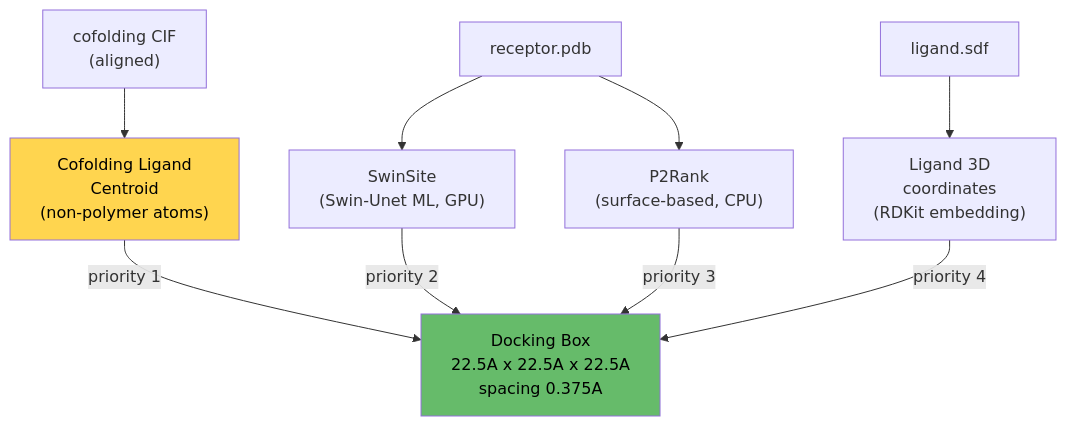
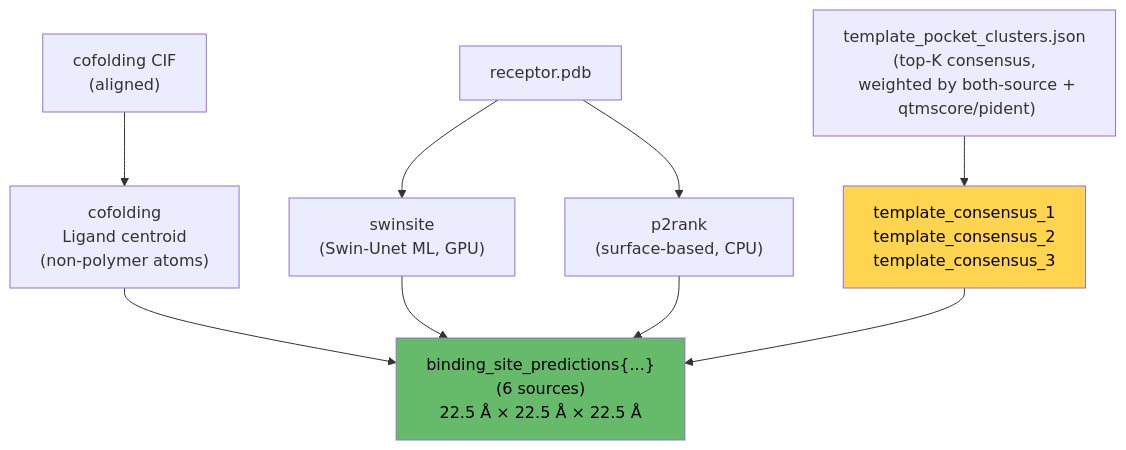
Diagram 14 of 25 in docs/pipeline.md (eightmm/mosaic-pl), drawn with Mermaid before and after one commit. The commit also changed other lines of this file and 3 other files, not shown here.

First line of the commit message:
docs: refresh pipeline + README for union template search and consensus pockets

````diff
--- a/docs/pipeline.md
+++ b/docs/pipeline.md
@@ -346,15 +383,17 @@
 ```mermaid
 flowchart TB
-    CIF["cofolding CIF\n(aligned)"] --> COFOLD["Cofolding Ligand\nCentroid\n(non-polymer atoms)"]
-    PDB["receptor.pdb"] --> SWIN["SwinSite\n(Swin-Unet ML, GPU)"]
-    PDB --> P2R["P2Rank\n(surface-based, CPU)"]
-    SDF["ligand.sdf"] --> FALLBACK["Ligand 3D\ncoordinates\n(RDKit embedding)"]
+    CIF["cofolding CIF\n(aligned)"] --> COFOLD["cofolding\nLigand centroid\n(non-polymer atoms)"]
+    PDB["receptor.pdb"] --> SWIN["swinsite\n(Swin-Unet ML, GPU)"]
+    PDB --> P2R["p2rank\n(surface-based, CPU)"]
+    CLU["template_pocket_clusters.json\n(top-K consensus,\n weighted by both-source +\n qtmscore/pident)"] --> TC["template_consensus_1\ntemplate_consensus_2\ntemplate_consensus_3"]
 
-    COFOLD -->|"priority 1"| BOX["Docking Box\n22.5A x 22.5A x 22.5A\nspacing 0.375A"]
-    SWIN -->|"priority 2"| BOX
-    P2R -->|"priority 3"| BOX
-    FALLBACK -->|"priority 4"| BOX
+    COFOLD --> BOX
+    SWIN --> BOX
+    P2R --> BOX
+    TC --> BOX
 
-    style COFOLD fill:#ffd54f,color:#000
+    BOX["binding_site_predictions{...}\n(6 sources)\n22.5 Å × 22.5 Å × 22.5 Å"]
+
+    style TC fill:#ffd54f,color:#000
     style BOX fill:#66bb6a,color:#000
 ```
````
